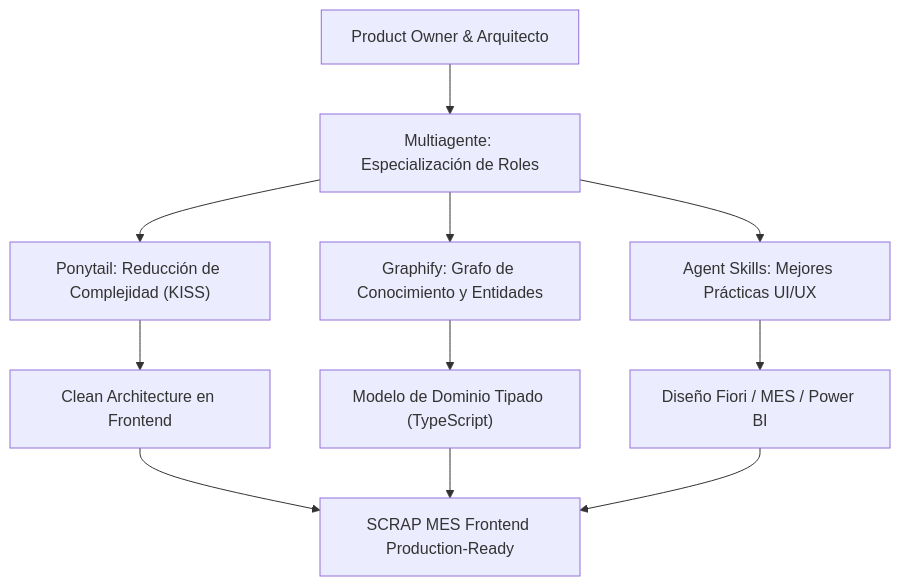
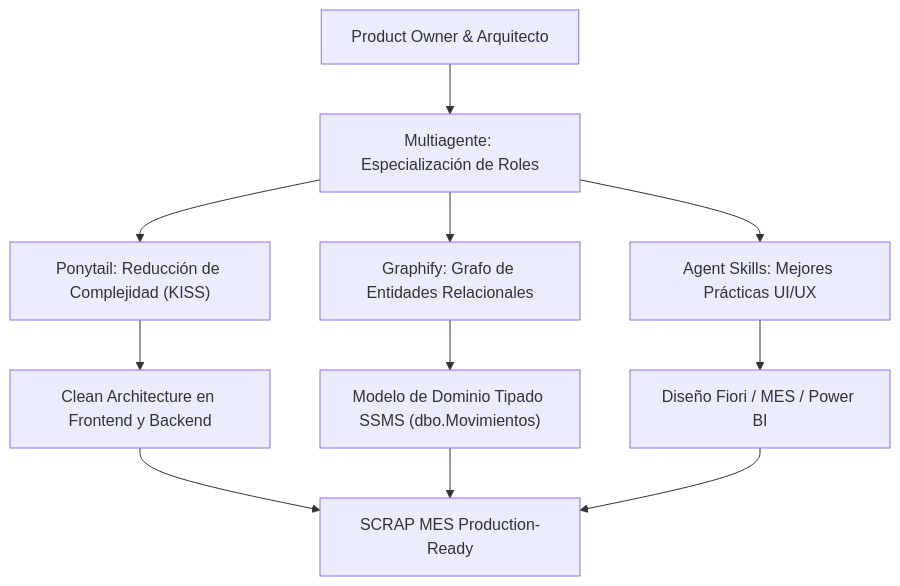
Before and after one commit to alexteori14/PiezasDefectuosas: the first of 2 diagrams in memoria.md, drawn with Mermaid. The commit also changed other lines of this file and 41 other files, not shown here.

````diff
--- a/memoria.md
+++ b/memoria.md
@@ -33,15 +31,15 @@
 ```mermaid
 flowchart TD
     PO["Product Owner & Arquitecto"] --> Multiagente["Multiagente: Especialización de Roles"]
     Multiagente --> Ponytail["Ponytail: Reducción de Complejidad (KISS)"]
-    Multiagente --> Graphify["Graphify: Grafo de Conocimiento y Entidades"]
+    Multiagente --> Graphify["Graphify: Grafo de Entidades Relacionales"]
     Multiagente --> AgentSkills["Agent Skills: Mejores Prácticas UI/UX"]
     
-    Ponytail --> CleanArch["Clean Architecture en Frontend"]
-    Graphify --> DomainModel["Modelo de Dominio Tipado (TypeScript)"]
+    Ponytail --> CleanArch["Clean Architecture en Frontend y Backend"]
+    Graphify --> DomainModel["Modelo de Dominio Tipado SSMS (dbo.Movimientos)"]
     AgentSkills --> IndustrialUI["Diseño Fiori / MES / Power BI"]
     
-    CleanArch --> FrontendResult["SCRAP MES Frontend Production-Ready"]
+    CleanArch --> FrontendResult["SCRAP MES Production-Ready"]
     DomainModel --> FrontendResult
     IndustrialUI --> FrontendResult
 ```
````
